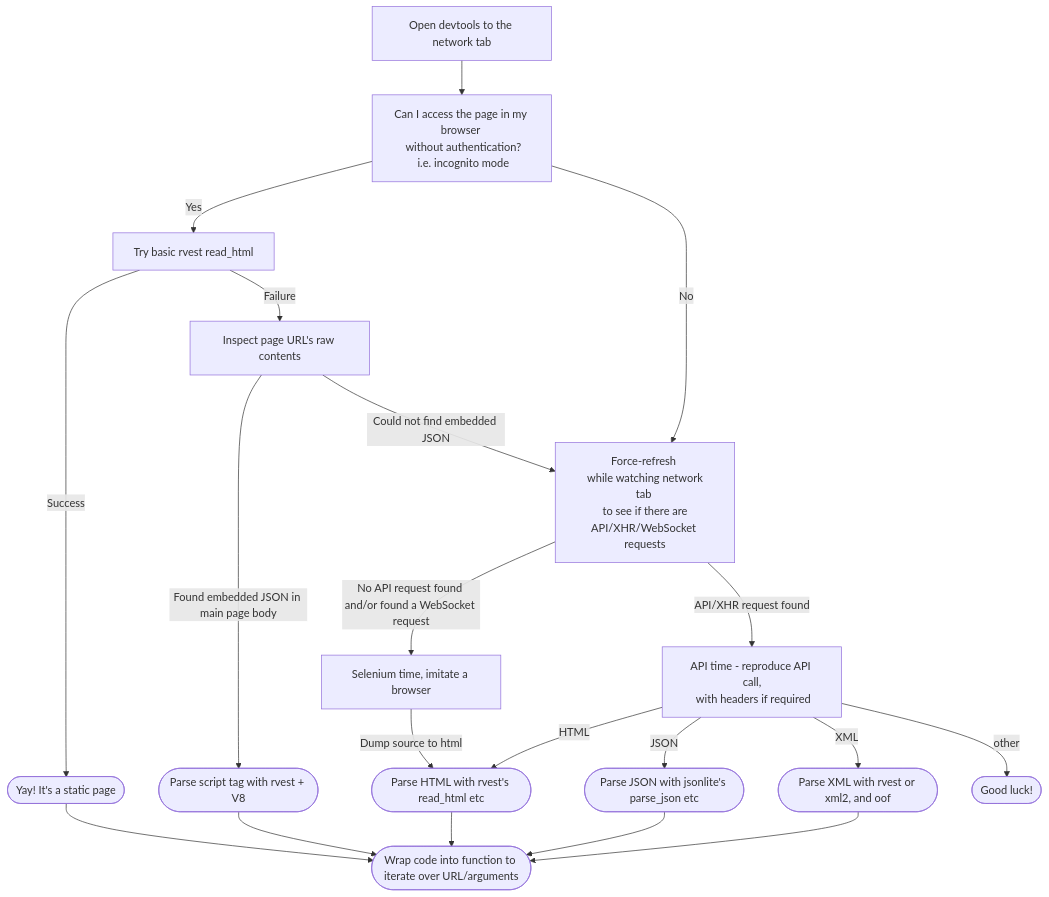
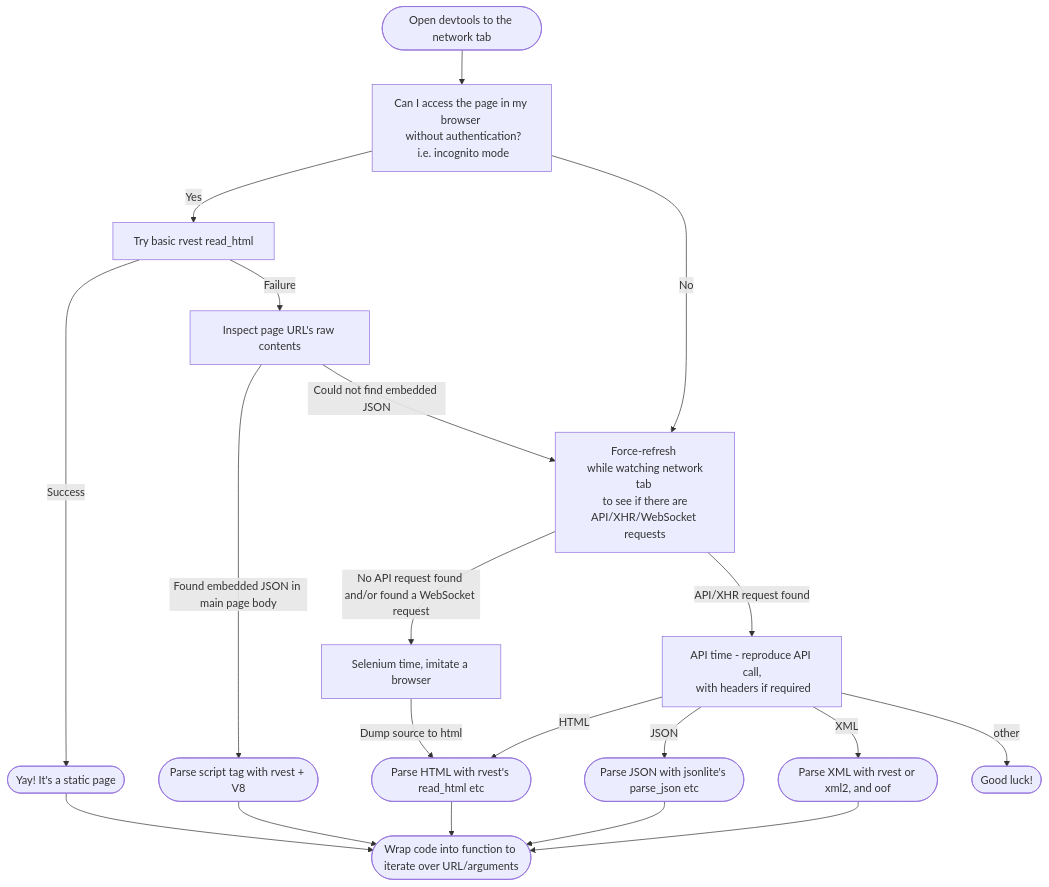
The diagram in 20210719-scraping/scraping.md (tanho63/tantorials), drawn with Mermaid before and after one commit.

````diff
--- a/20210719-scraping/scraping.md
+++ b/20210719-scraping/scraping.md
@@ -5,42 +5,42 @@
 ```mermaid
 flowchart TD
 
-1[Open devtools to the network tab]
+1([Open devtools to the network tab])
 
 1-->A
 
 A[Can I access the page in my browser \n without authentication?\n i.e. incognito mode]
 
 A-->|Yes| B[Try basic rvest read_html]
 
 B-->|Success| C([Yay! It's a static page])
 
 B-->|Failure| D[Inspect page URL's raw contents]
 
 D-->|Found embedded JSON in main page body| E([Parse script tag with rvest + V8])
 
 D-->|Could not find embedded JSON| F[Force-refresh \n while watching network tab \n to see if there are API/XHR/WebSocket requests]
 
 F-->|API/XHR request found| G[API time - reproduce API call,\n with headers if required]
 
 F-->|No API request found and/or found a WebSocket request| H[Selenium time, imitate a browser]
 
 H-->|Dump source to html| K
 
 G-->|HTML| K([Parse HTML with rvest's read_html etc])
 
 G-->|JSON| J([Parse JSON with jsonlite's parse_json etc])
 
 G-->|XML| L([Parse XML with rvest or xml2, and oof])
 
 A-->|No| F
 
 N([Wrap code into function to iterate over URL/arguments])
 
 C --> N
 E --> N
 K--> N
 J --> N
 L --> N
 G-->|other| M([Good luck!])
 ```
````
